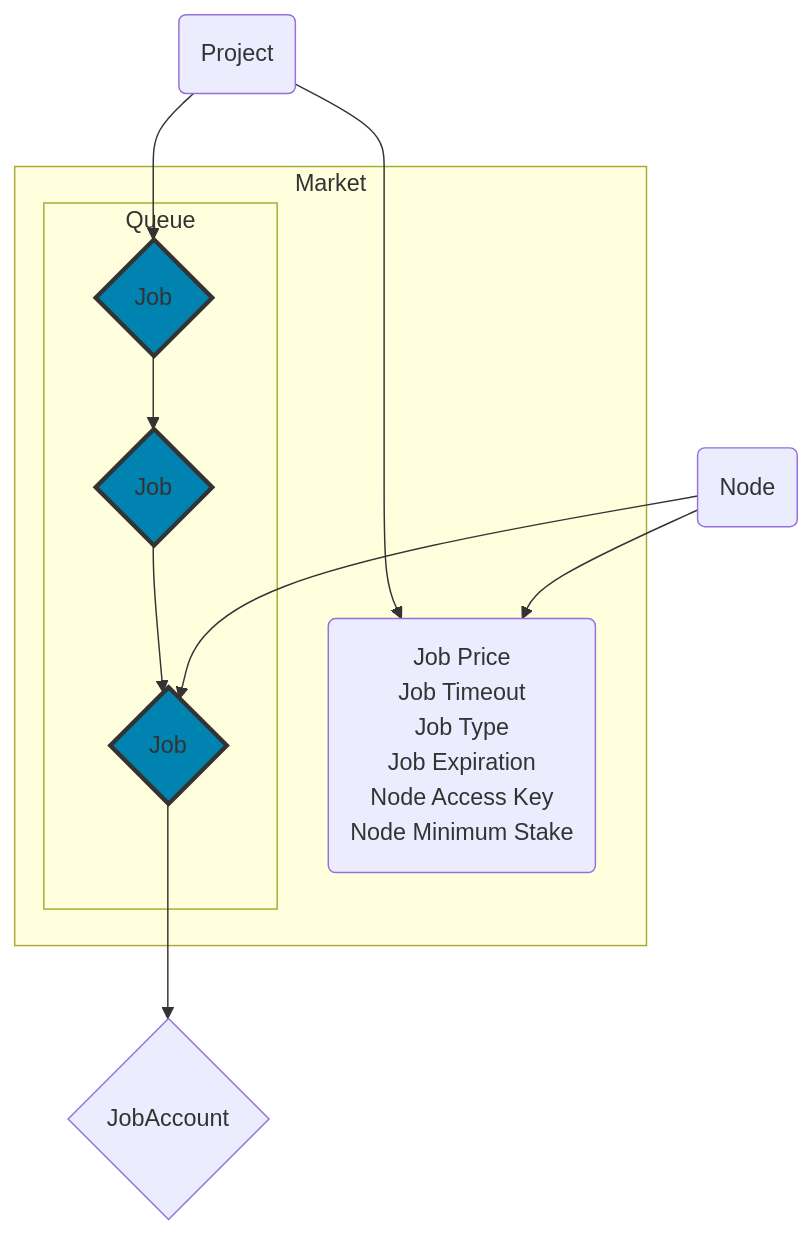
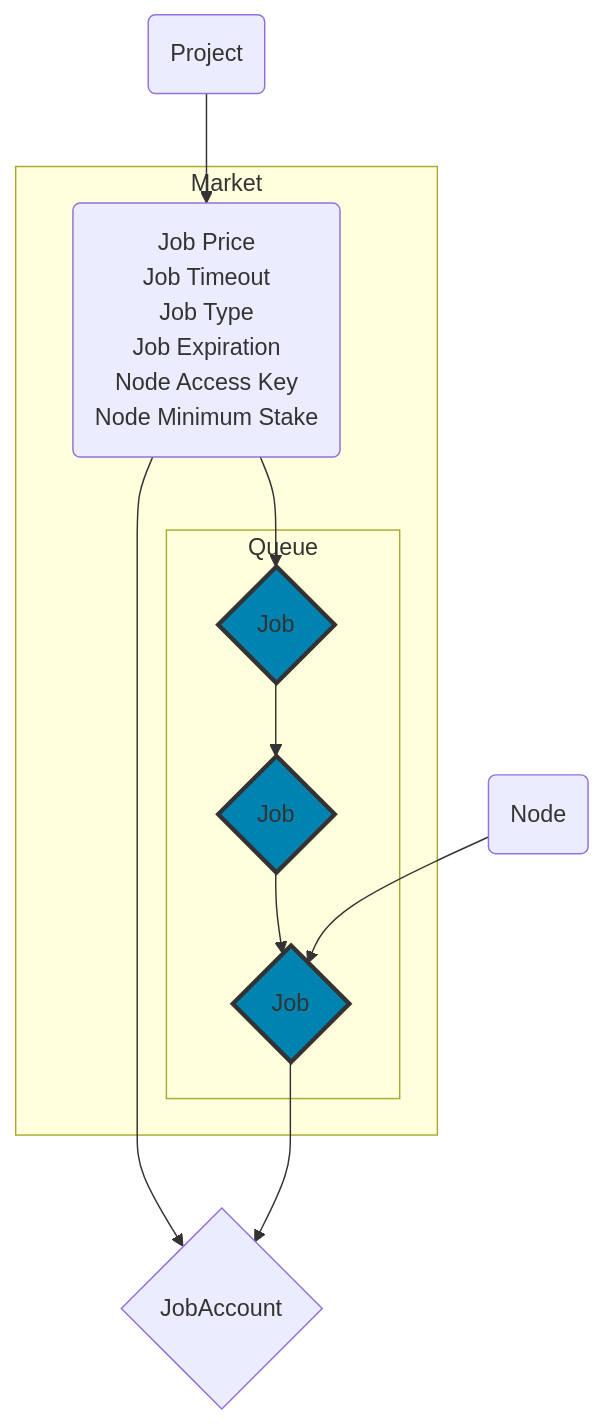
The third of 4 diagrams in docs/programs/jobs.md (nosana-ci/docs.nosana.io), drawn with Mermaid before and after one commit. The commit also changed other lines of this file, not shown here.

````diff
--- a/docs/programs/jobs.md
+++ b/docs/programs/jobs.md
@@ -666,24 +661,25 @@
 ```mermaid
 flowchart TB
     subgraph Market
         a(Job Price<br>Job Timeout<br>Job Type<br>Job Expiration<br>Node Access Key<br>Node Minimum Stake)
         subgraph Queue
             o1 --> o2 --> o3
         end
     end
     n --> o3
-    n --> a
-    p --> o1
     p --> a
+
+    a --> ja
+    a --> o1
     o3 --> ja
 
     n(Node)
     p(Project)
     o1{Job}
     o2{Job}
     o3{Job}
     ja{JobAccount}
 
     classDef blue fill:#0083B1,stroke:#333,stroke-width:3px;
     class o1,o2,o3 blue;
 ```
````
